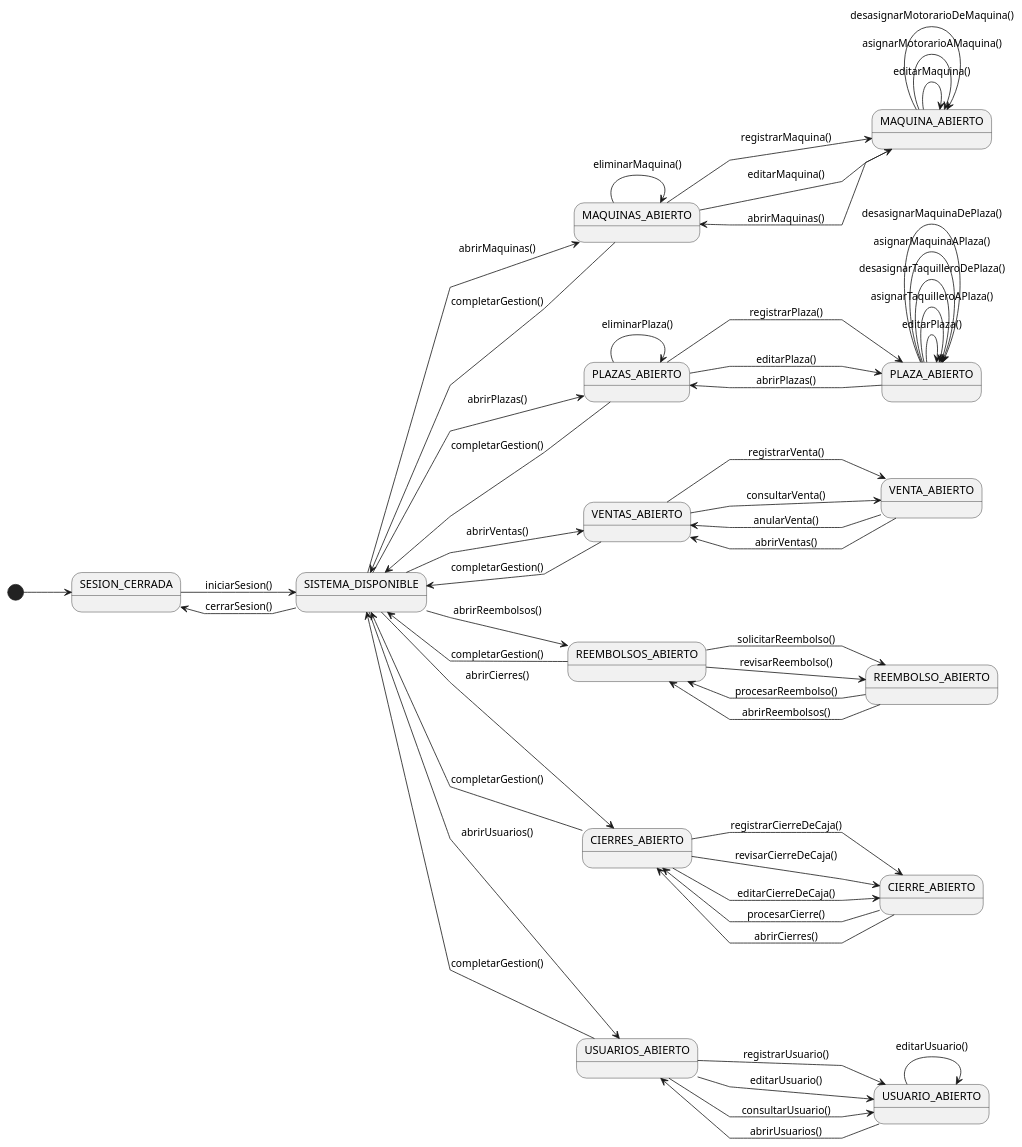
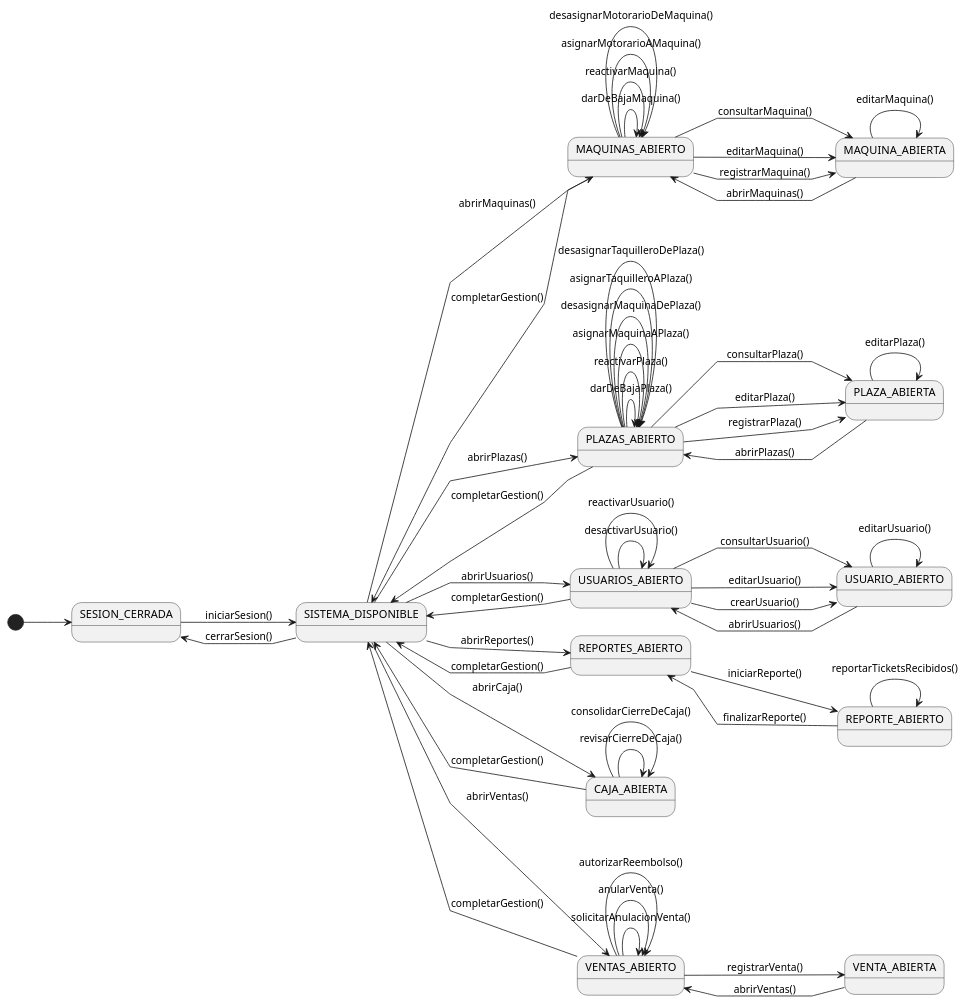
One commit to aeRomeroz/pyTicketing changed the diagram in UML/00-requisitos/01-actores-casosDeUso/02-diagramaDeContexto/diagrama-de-contexto-global.puml. Above: the diagram before and after it, drawn with PlantUML. The commit also changed 13 other files, not shown here.

First line of the commit message:
refactor(state-machine): estandarizar diagramas de contexto y contenedores

```diff
--- a/UML/00-requisitos/01-actores-casosDeUso/02-diagramaDeContexto/diagrama-de-contexto-global.puml
+++ b/UML/00-requisitos/01-actores-casosDeUso/02-diagramaDeContexto/diagrama-de-contexto-global.puml
@@ -1,114 +1,114 @@
 @startuml diagrama-contexto-global
 
 left to right direction
 skinparam linetype polyline
 
 state "SESION_CERRADA" as NoAuth
 state "SISTEMA_DISPONIBLE" as Menu
 
 state "MAQUINAS_ABIERTO" as ListMaquinas
-state "MAQUINA_ABIERTO" as EditMaquina
+state "MAQUINA_ABIERTA" as EditMaquina
 
 state "PLAZAS_ABIERTO" as ListPlazas
-state "PLAZA_ABIERTO" as EditPlaza
-
-state "VENTAS_ABIERTO" as ListVentas
-state "VENTA_ABIERTO" as EditVenta
-
-state "REEMBOLSOS_ABIERTO" as ListReembolsos
-state "REEMBOLSO_ABIERTO" as EditReembolso
-
-state "CIERRES_ABIERTO" as ListCierres
-state "CIERRE_ABIERTO" as EditCierre
+state "PLAZA_ABIERTA" as EditPlaza
 
 state "USUARIOS_ABIERTO" as ListUsuarios
 state "USUARIO_ABIERTO" as EditUsuario
 
+state "REPORTES_ABIERTO" as ListReportes
+state "REPORTE_ABIERTO" as EditReporte
+
+state "CAJA_ABIERTA" as EditCaja
+
+state "VENTAS_ABIERTO" as ListVentas
+state "VENTA_ABIERTA" as EditVenta
+
 
 [*] --> NoAuth
 
+' Autenticación
 NoAuth --> Menu : iniciarSesion()
 Menu --> NoAuth : cerrarSesion()
 
 ' Navegación desde el Menú Principal
 Menu --> ListMaquinas: abrirMaquinas()
 Menu --> ListPlazas: abrirPlazas()
+Menu --> ListUsuarios: abrirUsuarios()
+Menu --> ListReportes: abrirReportes()
+Menu --> EditCaja: abrirCaja()
 Menu --> ListVentas: abrirVentas()
-Menu --> ListCierres: abrirCierres()
-Menu --> ListReembolsos: abrirReembolsos()
-Menu --> ListUsuarios: abrirUsuarios()
 
 
-'MÓDULO: MÁQUINAS (Gestión y Asignación de Personal)
+' MÓDULO: MÁQUINAS
+ListMaquinas --> EditMaquina: consultarMaquina()
+ListMaquinas --> EditMaquina: editarMaquina()
 ListMaquinas --> EditMaquina: registrarMaquina()
-ListMaquinas --> EditMaquina: editarMaquina()
-ListMaquinas --> ListMaquinas: eliminarMaquina()
+
+ListMaquinas --> ListMaquinas: darDeBajaMaquina()
+ListMaquinas --> ListMaquinas: reactivarMaquina()
+ListMaquinas --> ListMaquinas: asignarMotorarioAMaquina()
+ListMaquinas --> ListMaquinas: desasignarMotorarioDeMaquina()
 
 EditMaquina --> EditMaquina: editarMaquina()
-EditMaquina --> EditMaquina: asignarMotorarioAMaquina()
-EditMaquina --> EditMaquina: desasignarMotorarioDeMaquina()
 EditMaquina --> ListMaquinas: abrirMaquinas()
 
 
-' MÓDULO: PLAZAS (Gestión y Asignación de Control de Motorarios)
+' MÓDULO: PLAZAS
+ListPlazas --> EditPlaza: consultarPlaza()
+ListPlazas --> EditPlaza: editarPlaza()
 ListPlazas --> EditPlaza: registrarPlaza()
-ListPlazas --> EditPlaza: editarPlaza()
-ListPlazas --> ListPlazas: eliminarPlaza()
+
+ListPlazas --> ListPlazas: darDeBajaPlaza()
+ListPlazas --> ListPlazas: reactivarPlaza()
+ListPlazas --> ListPlazas: asignarMaquinaAPlaza()
+ListPlazas --> ListPlazas: desasignarMaquinaDePlaza()
+ListPlazas --> ListPlazas: asignarTaquilleroAPlaza()
+ListPlazas --> ListPlazas: desasignarTaquilleroDePlaza()
 
 EditPlaza --> EditPlaza: editarPlaza()
-EditPlaza --> EditPlaza: asignarTaquilleroAPlaza()
-EditPlaza --> EditPlaza: desasignarTaquilleroDePlaza()
-EditPlaza --> EditPlaza: asignarMaquinaAPlaza()
-EditPlaza --> EditPlaza: desasignarMaquinaDePlaza()
 EditPlaza --> ListPlazas: abrirPlazas()
 
 
-' MÓDULO: VENTAS (Integridad Contable)
-ListVentas --> EditVenta: registrarVenta()
-ListVentas -->  EditVenta: consultarVenta()
+' MÓDULO: USUARIOS
+ListUsuarios --> EditUsuario: consultarUsuario()
+ListUsuarios --> EditUsuario: editarUsuario()
+ListUsuarios --> EditUsuario: crearUsuario()
 
-EditVenta --> ListVentas: anularVenta()
-EditVenta --> ListVentas: abrirVentas()
-
-
-' MÓDULO: REEMBOLSOS
-ListReembolsos --> EditReembolso: solicitarReembolso()
-ListReembolsos --> EditReembolso: revisarReembolso()
-
-EditReembolso --> ListReembolsos: procesarReembolso()
-EditReembolso --> ListReembolsos: abrirReembolsos()
-
-
-' MÓDULO: CIERRES DE CAJA (Flujo de Auditoría)
-' Declaración inicial (Taquillero)
-ListCierres --> EditCierre: registrarCierreDeCaja()
-' Auditoría/Revisión (Supervisor)
-ListCierres --> EditCierre: revisarCierreDeCaja()
-' Corrección de rechazo (Taquillero)
-ListCierres --> EditCierre: editarCierreDeCaja()
-' Guardar decisión (Aprobar/Devolver)
-EditCierre --> ListCierres: procesarCierre()
-
-EditCierre --> ListCierres: abrirCierres()
-
-
-' MÓDULO: USUARIOS (Baja lógica integrada en Edición)
-ListUsuarios --> EditUsuario: registrarUsuario()
-ListUsuarios --> EditUsuario: editarUsuario()
-ListUsuarios --> EditUsuario: consultarUsuario()
+ListUsuarios --> ListUsuarios: desactivarUsuario()
+ListUsuarios --> ListUsuarios: reactivarUsuario()
 
 EditUsuario --> EditUsuario: editarUsuario()
 EditUsuario --> ListUsuarios: abrirUsuarios()
 
 
-' Retorno al Menú Principal
-ListMaquinas --> Menu: completarGestion()
-ListPlazas --> Menu : completarGestion()
-ListVentas --> Menu : completarGestion()
-ListCierres --> Menu: completarGestion()
-ListReembolsos --> Menu: completarGestion()
-ListUsuarios --> Menu: completarGestion()
+' MÓDULO: REPORTES DE MOTORARIO
+ListReportes --> EditReporte: iniciarReporte()
+
+EditReporte --> EditReporte: reportarTicketsRecibidos()
+EditReporte --> ListReportes: finalizarReporte()
 
 
+' MÓDULO: CAJA
+EditCaja --> EditCaja: revisarCierreDeCaja()
+EditCaja --> EditCaja: consolidarCierreDeCaja()
+
+
+' MÓDULO: VENTAS
+ListVentas --> EditVenta: registrarVenta()
+
+ListVentas --> ListVentas: solicitarAnulacionVenta()
+ListVentas --> ListVentas: anularVenta()
+ListVentas --> ListVentas: autorizarReembolso()
+
+EditVenta --> ListVentas: abrirVentas()
+
+
+' Retorno al Menú Principal (completarGestion)
+ListMaquinas --> Menu: completarGestion()
+ListPlazas --> Menu: completarGestion()
+ListUsuarios --> Menu: completarGestion()
+ListReportes --> Menu: completarGestion()
+EditCaja --> Menu: completarGestion()
+ListVentas --> Menu: completarGestion()
 
 @enduml
```
